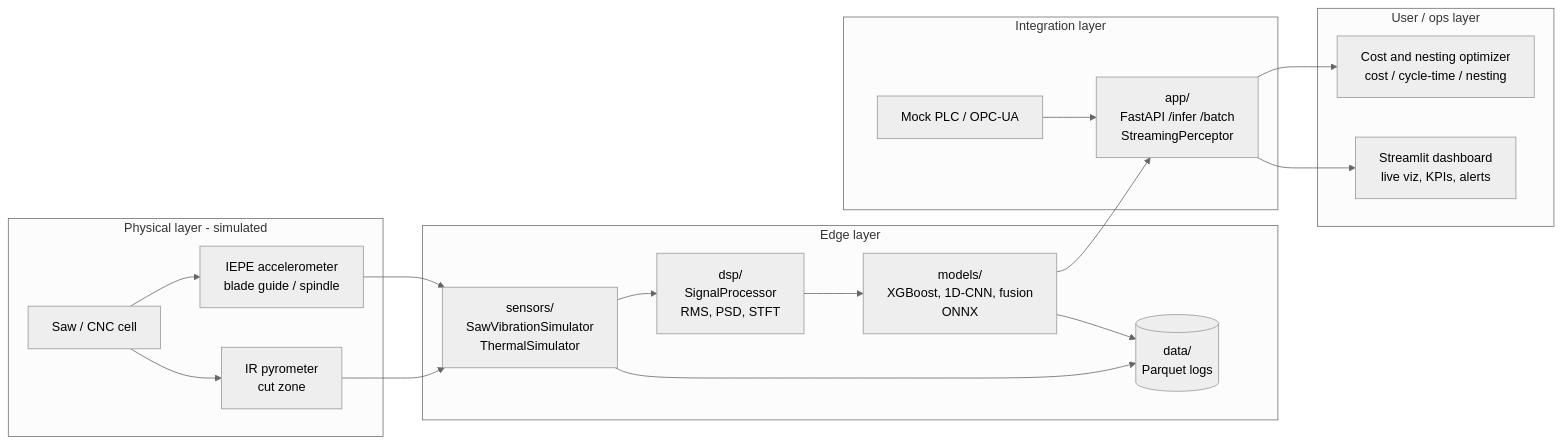
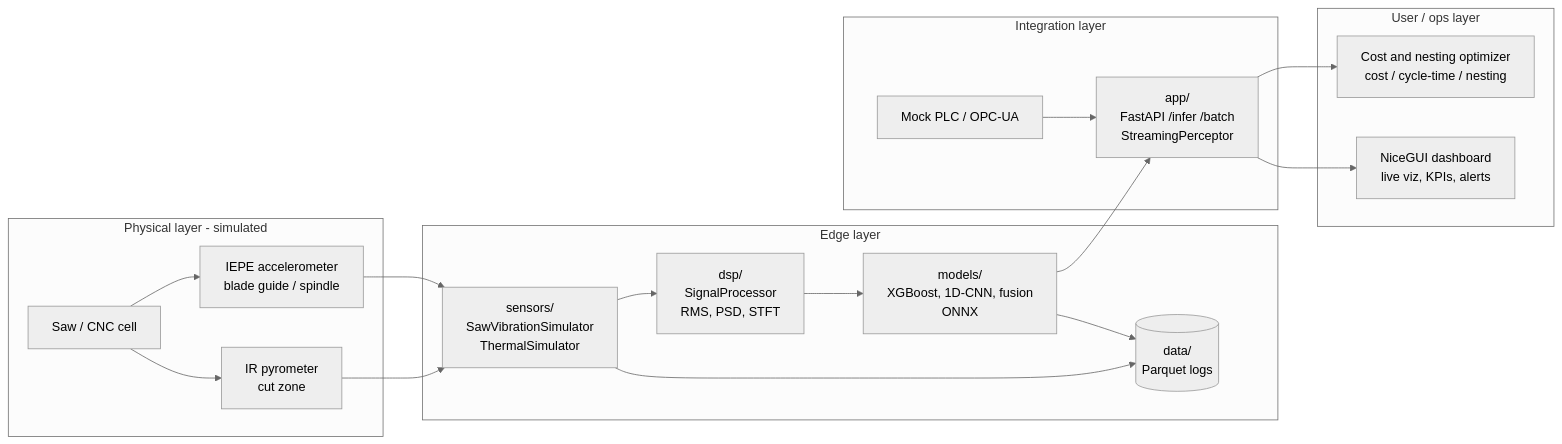
One commit to lxmcdermott/ArgusPanoptes changed the diagram in README.md. Above: the diagram before and after it, drawn with Mermaid (neutral theme). The commit also changed other lines of this file and 18 other files, not shown here.

````diff
--- a/README.md
+++ b/README.md
@@ -45,36 +45,36 @@
 ```mermaid
 flowchart LR
     subgraph physical [Physical layer - simulated]
         SAW["Saw / CNC cell"]
         ACC["IEPE accelerometer<br/>blade guide / spindle"]
         IR["IR pyrometer<br/>cut zone"]
         SAW --> ACC
         SAW --> IR
     end
 
     subgraph edge [Edge layer]
         SIM["sensors/<br/>SawVibrationSimulator<br/>ThermalSimulator"]
         DSP["dsp/<br/>SignalProcessor<br/>RMS, PSD, STFT"]
         ML["models/<br/>XGBoost, 1D-CNN, fusion<br/>ONNX"]
         LOG[("data/<br/>Parquet logs")]
     end
 
     subgraph integration [Integration layer]
         API["app/<br/>FastAPI /infer /batch<br/>StreamingPerceptor"]
         PLC["Mock PLC / OPC-UA"]
     end
 
     subgraph ops [User / ops layer]
-        DASH["Streamlit dashboard<br/>live viz, KPIs, alerts"]
+        DASH["NiceGUI dashboard<br/>live viz, KPIs, alerts"]
         COST["Cost and nesting optimizer<br/>cost / cycle-time / nesting"]
     end
 
     ACC --> SIM
     IR --> SIM
     SIM --> DSP --> ML --> API
     SIM --> LOG
     ML --> LOG
     API --> COST
     API --> DASH
     PLC --> API
 ```
````
